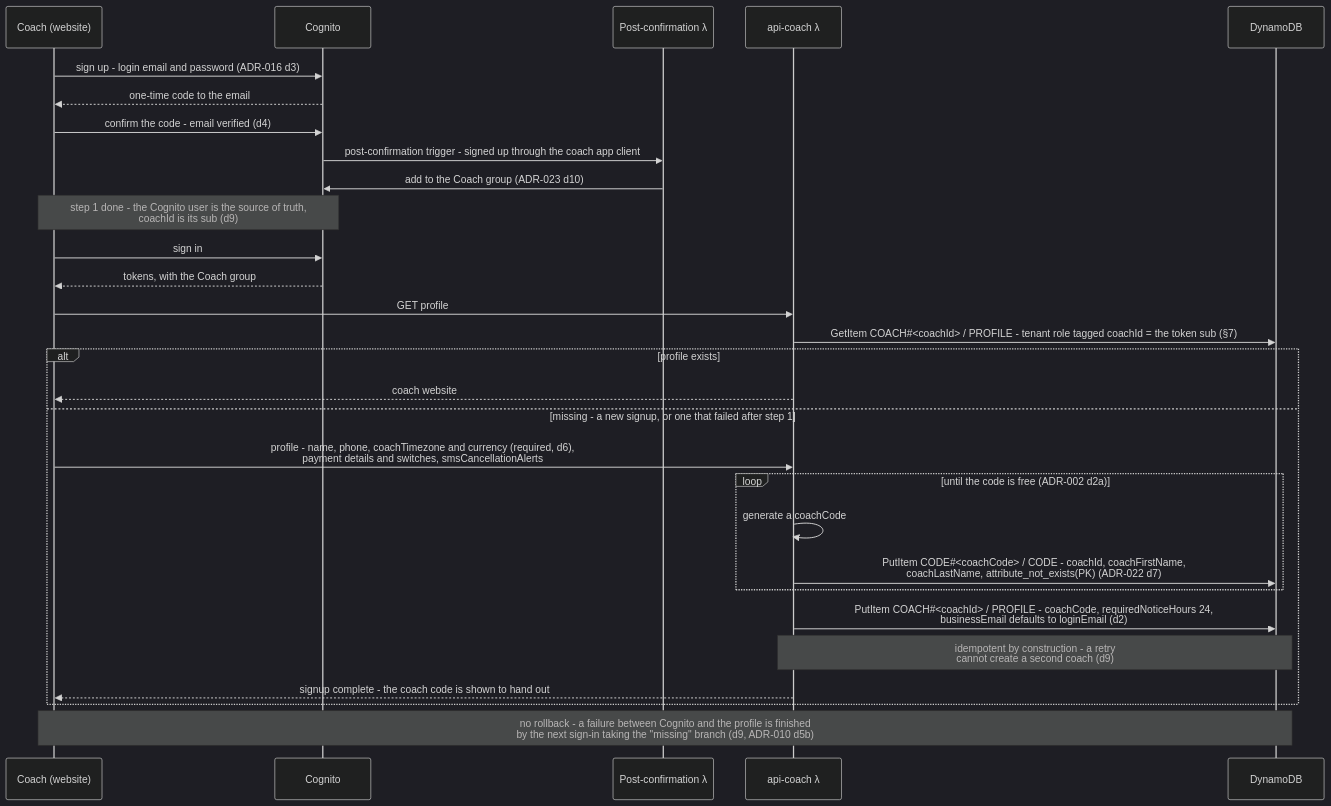
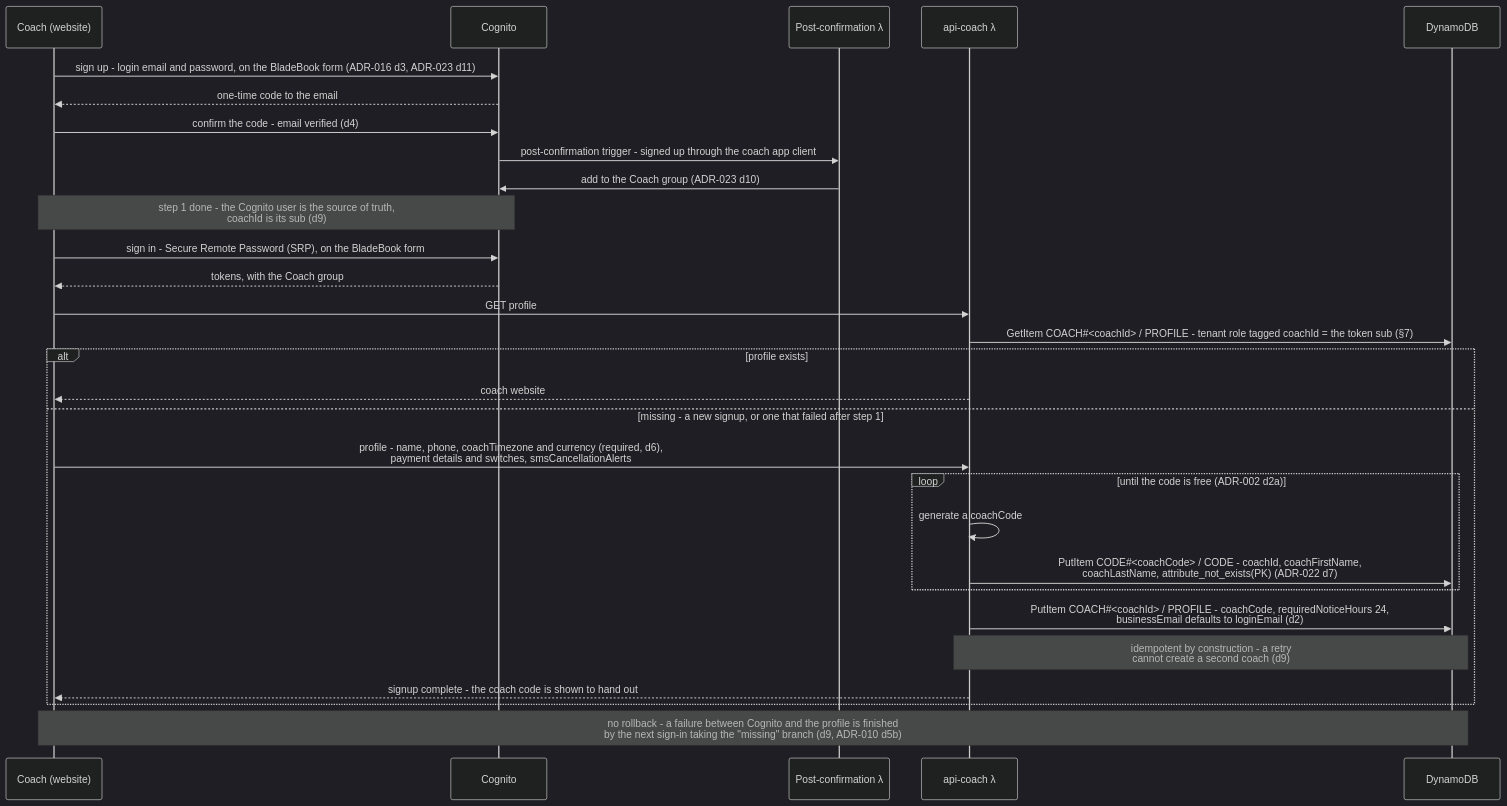
Diagram 22 of 29 in docs/architecture.md (jessicamvega6/bladebook), drawn with Mermaid (dark theme) before and after one commit. The commit also changed other lines of this file and 35 other files, not shown here.

First line of the commit message:
Use BladeBook's own sign-in forms, talking to Cognito directly (ADR-023 d11)

````diff
--- a/docs/architecture.md
+++ b/docs/architecture.md
@@ -1805,31 +1805,31 @@
 ```mermaid
 sequenceDiagram
     participant C as Coach (website)
     participant Cog as Cognito
     participant PC as Post-confirmation λ
     participant API as api-coach λ
     participant DB as DynamoDB
-    C->>Cog: sign up - login email and password (ADR-016 d3)
+    C->>Cog: sign up - login email and password, on the BladeBook form (ADR-016 d3, ADR-023 d11)
     Cog-->>C: one-time code to the email
     C->>Cog: confirm the code - email verified (d4)
     Cog->>PC: post-confirmation trigger - signed up through the coach app client
     PC->>Cog: add to the Coach group (ADR-023 d10)
     Note over C,Cog: step 1 done - the Cognito user is the source of truth,<br/>coachId is its sub (d9)
-    C->>Cog: sign in
+    C->>Cog: sign in - Secure Remote Password (SRP), on the BladeBook form
     Cog-->>C: tokens, with the Coach group
     C->>API: GET profile
     API->>DB: GetItem COACH#35;<coachId> / PROFILE - tenant role tagged coachId = the token sub (§7)
     alt profile exists
         API-->>C: coach website
     else missing - a new signup, or one that failed after step 1
         C->>API: profile - name, phone, coachTimezone and currency (required, d6),<br/>payment details and switches, smsCancellationAlerts
         loop until the code is free (ADR-002 d2a)
             API->>API: generate a coachCode
             API->>DB: PutItem CODE#35;<coachCode> / CODE - coachId, coachFirstName,<br/>coachLastName, attribute_not_exists(PK) (ADR-022 d7)
         end
         API->>DB: PutItem COACH#35;<coachId> / PROFILE - coachCode, requiredNoticeHours 24,<br/>businessEmail defaults to loginEmail (d2)
         Note over API,DB: idempotent by construction - a retry<br/>cannot create a second coach (d9)
         API-->>C: signup complete - the coach code is shown to hand out
     end
     Note over C,DB: no rollback - a failure between Cognito and the profile is finished<br/>by the next sign-in taking the "missing" branch (d9, ADR-010 d5b)
 ```
````
